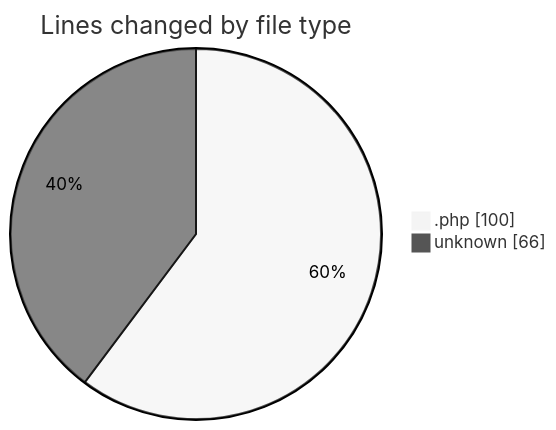
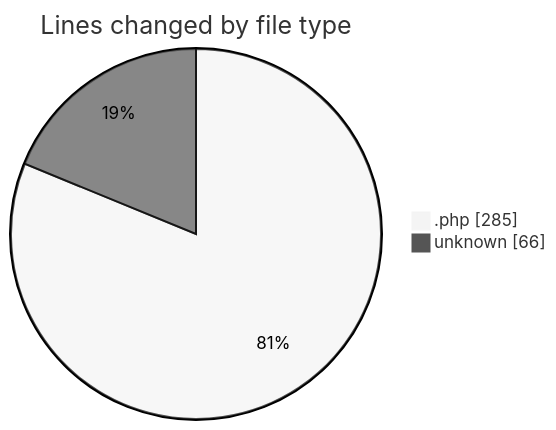
One commit to Ritupan-Deka/code-tracking changed the first of 2 diagrams in 2025-10-13/url-shortener/README.md. Above: the diagram before and after it, drawn with Mermaid (neutral theme). The commit also changed other lines of this file and 1 other file, not shown here.

````diff
--- a/2025-10-13/url-shortener/README.md
+++ b/2025-10-13/url-shortener/README.md
@@ -22,6 +22,6 @@
 ```mermaid
 pie showData
 title Lines changed by file type
-".php" : 100
+".php" : 285
 "unknown" : 66
 ```
````
